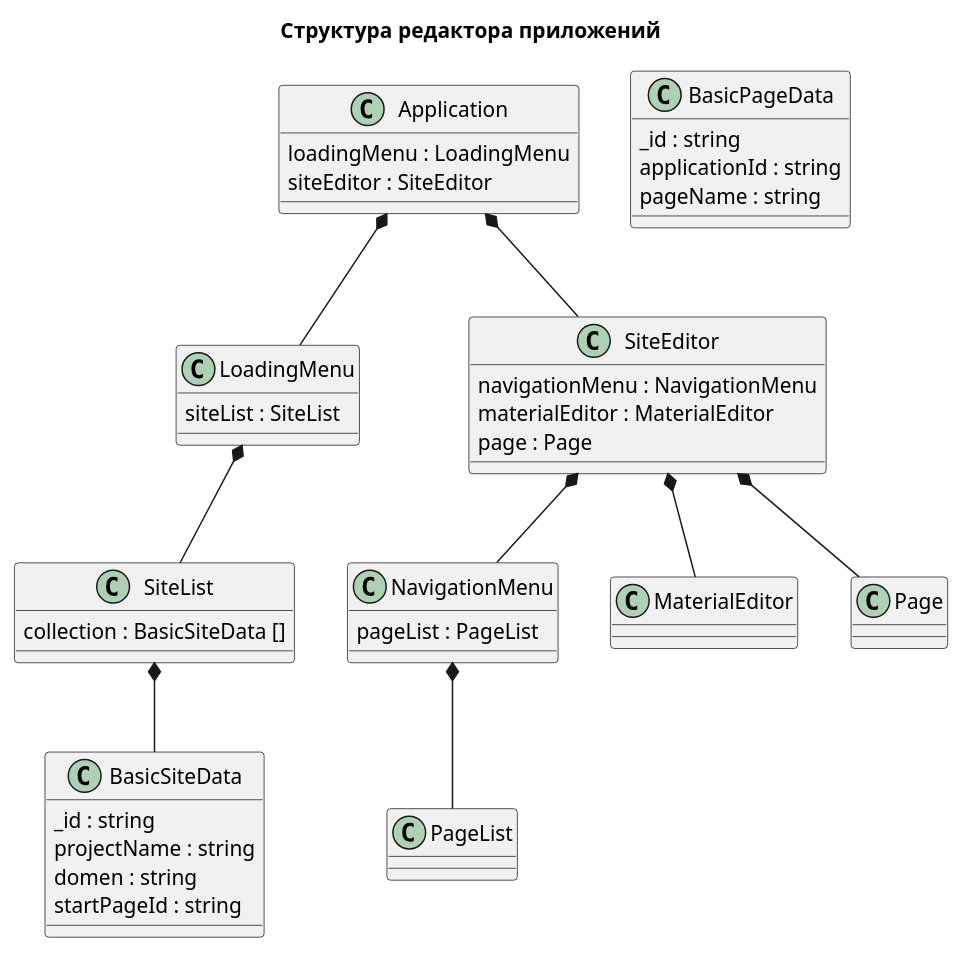
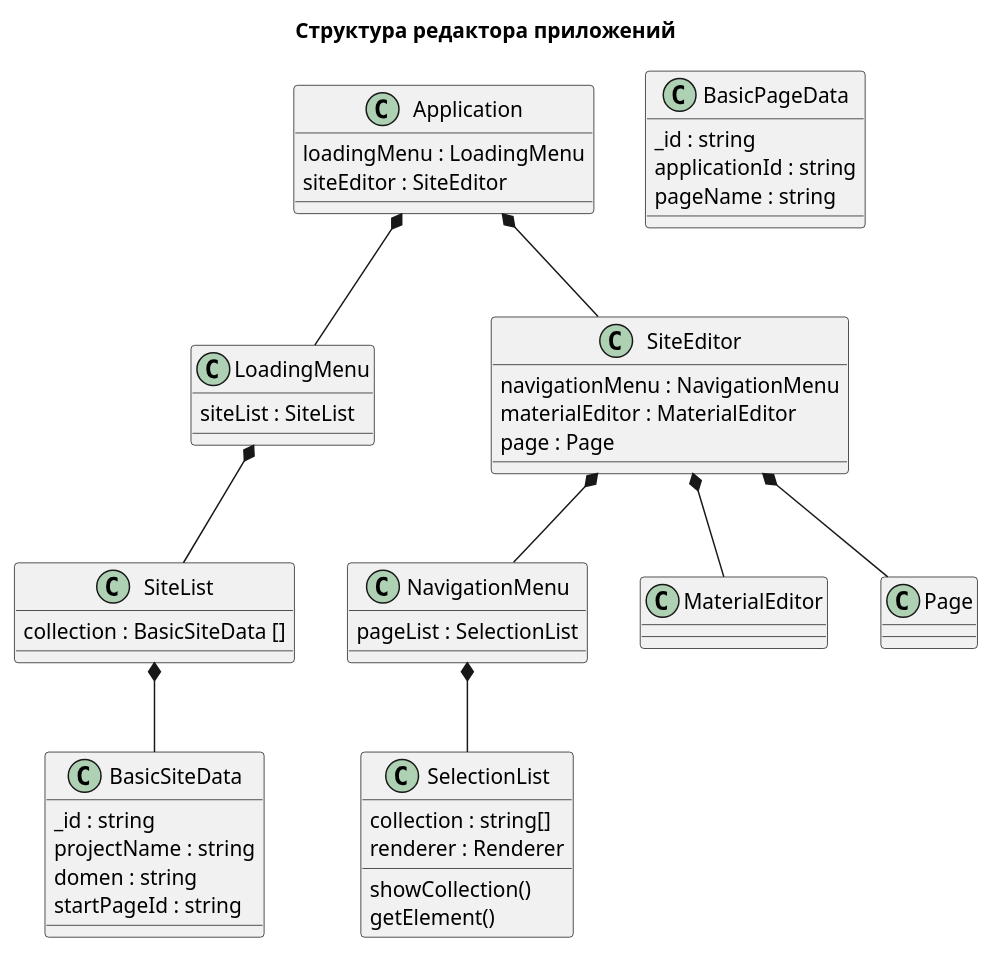
One commit to NikolayDemchenko/ReactTest changed the diagram in client/src/Types/Structure/NewStructure/appStructure.puml. Above: the diagram before and after it, drawn with PlantUML.

Commit message:
Допилить

```diff
--- a/client/src/Types/Structure/NewStructure/appStructure.puml
+++ b/client/src/Types/Structure/NewStructure/appStructure.puml
@@ -1,167 +1,171 @@
 @startuml
 title Структура редактора приложений
 
 
 class "Application" as Application{  
     loadingMenu : LoadingMenu
     siteEditor : SiteEditor
 }
 Application *-- LoadingMenu
 Application *-- SiteEditor
 
 class "LoadingMenu" as LoadingMenu { 
     siteList : SiteList       
 }
 LoadingMenu *-- SiteList
 
 class "SiteList" as SiteList{
     collection : BasicSiteData []   
 }
 SiteList *-- BasicSiteData
 
 class "BasicSiteData" as BasicSiteData{
     _id : string   
     projectName : string   
     domen : string   
     startPageId : string   
 }
 
 class "SiteEditor" as SiteEditor{
         navigationMenu : NavigationMenu
         materialEditor : MaterialEditor
         page : Page   
 }
 SiteEditor *-- NavigationMenu
 SiteEditor *-- MaterialEditor
 SiteEditor *-- Page
 
 class "NavigationMenu" as NavigationMenu{ 
-      pageList : PageList
+      pageList : SelectionList
 }
-NavigationMenu *-- PageList
+NavigationMenu *-- SelectionList
 ' class "Render" as Render{    
 ' }
 ' Page *-- Render
-class "PageList" as PageList{   
+class "SelectionList" as SelectionList{ 
+    collection : string[]  
+    renderer : Renderer 
+    showCollection()  
+    getElement()
 }
 class "MaterialEditor" as MaterialEditor{    
 }
 class "Page" as Page{  
     ' render : Render  
 }
 class "BasicPageData" as BasicPageData{
     _id : string   
     applicationId : string   
     pageName : string   
     
      
 }
 
 ' interface "ICollection<T>" as ICollection {    
 ' collection: any
 ' add(element:T )
 ' remove( element: T)
 ' }
 ' interface "IData" as IData{    
 '     setData() 
 '     getData()
 ' }
 ' interface "IRender" as IRender{ 
 '     render()  
 ' }
 
 ' ' Генератор модели
 ' class "ModelCreator" as ModelCreator{
 '     element:MyReactElement
 '     render(...children)
     
 ' }
 ' ' Базовый компонент
 ' class "MyBaseComponent" as MyBaseComponent{
 '     element:MyReactElement
 '     render(...children)
     
 ' }
 ' MyBaseComponent *-l- MyReactElement
 ' ' Элемент
 ' class "MyReactElement" as MyReactElement{
 '     _id:string
 '     tag:string
 '     props:MyObject  
 '     setData( tag:string , props: MyObject )
 '     getData()
     
 ' }
 ' MyReactElement *-l- MyObject
 ' MyReactElement .r.|> IData
 
 
 ' ' Объект
 ' class "MyObject" as MyObject{
 
 '     collection:{ [ key: string ] :any }
 '     add(  key: string , value :any )
 '     remove(  key: string )   
 '     setData( collection:{ [ key: string ] :any } )
 '     getData() 
 ' }
 ' MyObject .l.|> IData
 ' MyObject .u.|> ICollection
 
 ' ' Инпут
 ' class "MyInput" as MyInput{  
 '     type: string
 '     setData( type: string )
 '     getData()
 '     render()
 ' }
 ' ' Кнопка
 ' class "MyButton" as MyButton{  
 '     title: string
 '     setData( title: string )
 '     getData()
 '     render()
 ' }
 ' ' Текст
 ' class "MyText" as MyText{  
 '     text: string
 '     setData( text: string )
 '     getData()
 '     render()
 ' }
 ' MyText .l.|> IData
 ' MyText ..|> IRender
 ' MyText --|> MyBaseComponent
 
 ' ' Переменная
 ' class "MyVariable" as MyVariable{   
 '     key: MyText
 '     value: MyText | MyArray
 '     setData( name: MyText, value: MyText | MyArray )
 '     getData()
 '     render()
 ' }
 ' MyVariable *-- MyText
 ' MyVariable ..|> IData
 ' MyVariable ..|> IRender
 ' MyVariable --|> MyBaseComponent
 
 
 ' ' Массив
 ' class "MyArray" as MyArray{
 ' collection: { MyText | MyVariable | MyArray}[]
 ' add( element: MyText | MyVariable | MyArray)
 ' remove( element: MyText | MyVariable | MyArray)
 ' setData( array: { MyText | MyVariable | MyArray}[] )
 ' getData()
 ' render()
 ' }
 ' MyArray ..|> ICollection
 ' MyArray ..|> IData
 ' MyArray ..|> IRender
 ' MyArray o-- MyArray
 ' MyArray o-l- MyVariable
 ' MyArray o-- MyText
 ' MyArray --|> MyBaseComponent
 
 @enduml
```
